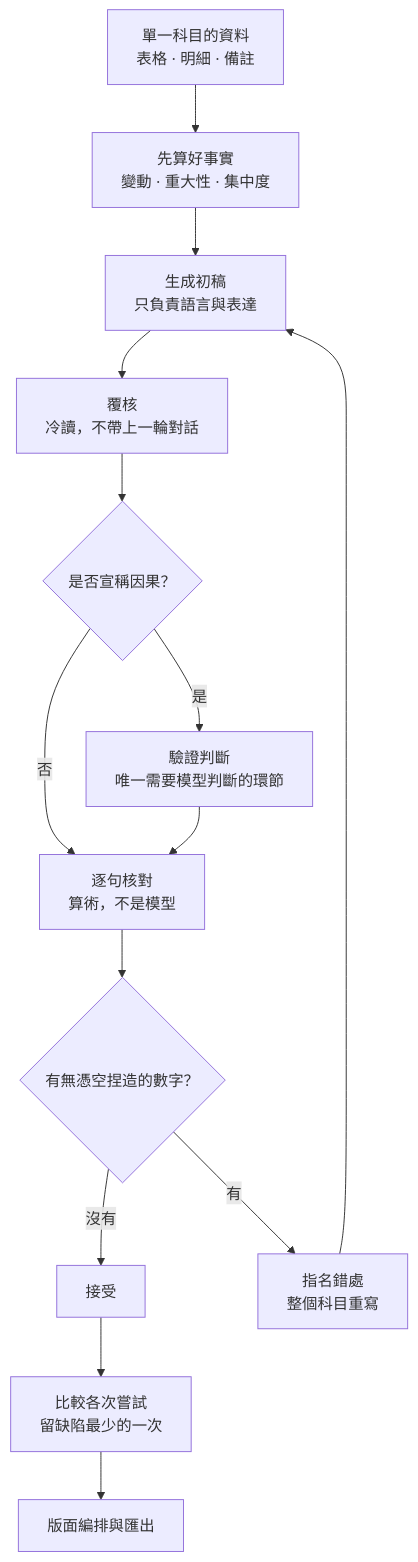
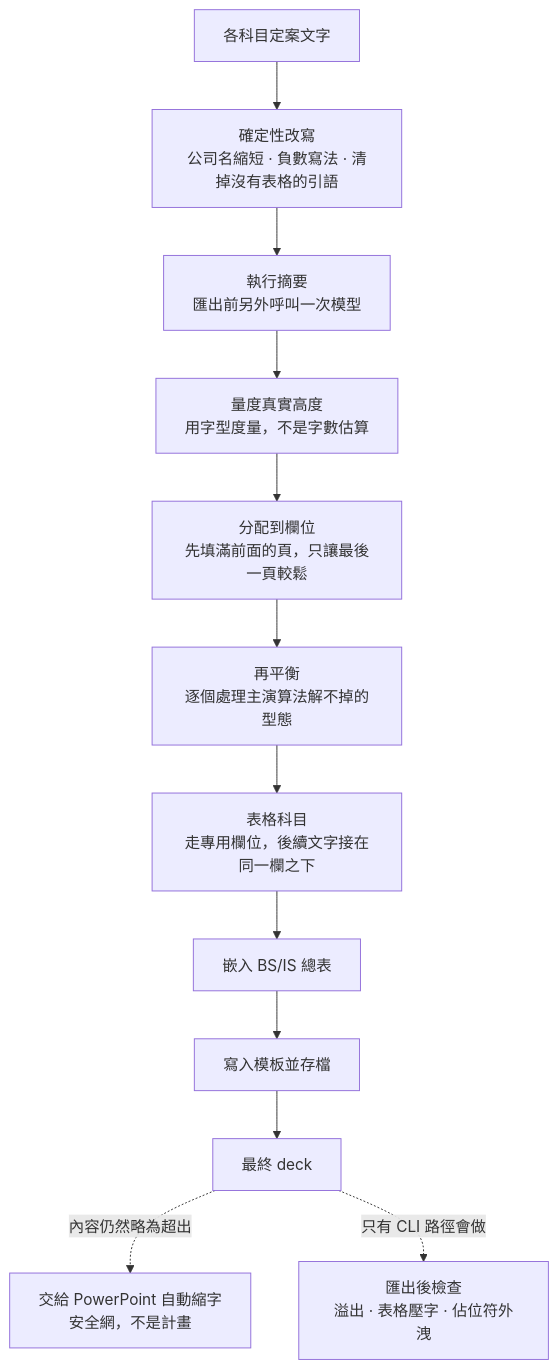
The third of 3 diagrams in README.md (yutsang/python-pptx), drawn with Mermaid before and after one commit. The commit also changed other lines of this file, not shown here.

````diff
--- a/README.md
+++ b/README.md
@@ -133,16 +171,14 @@
 ```mermaid
 flowchart TD
-    A[單一科目的資料<br/>表格 · 明細 · 備註] --> B[先算好事實<br/>變動 · 重大性 · 集中度]
-    B --> C[生成初稿<br/>只負責語言與表達]
-    C --> D[覆核<br/>冷讀，不帶上一輪對話]
-    D --> E{是否宣稱因果？}
-    E -- 是 --> F[驗證判斷<br/>唯一需要模型判斷的環節]
-    E -- 否 --> G[逐句核對<br/>算術，不是模型]
-    F --> G
-    G --> H{有無憑空捏造的數字？}
-    H -- 沒有 --> I[接受]
-    H -- 有 --> J[指名錯處<br/>整個科目重寫]
-    J --> C
-    I --> K[比較各次嘗試<br/>留缺陷最少的一次]
-    K --> L[版面編排與匯出]
+    A[各科目定案文字] --> B[確定性改寫<br/>公司名縮短 · 負數寫法 · 清掉沒有表格的引語]
+    B --> C[執行摘要<br/>匯出前另外呼叫一次模型]
+    C --> D[量度真實高度<br/>用字型度量，不是字數估算]
+    D --> E[分配到欄位<br/>先填滿前面的頁，只讓最後一頁較鬆]
+    E --> F[再平衡<br/>逐個處理主演算法解不掉的型態]
+    F --> G[表格科目<br/>走專用欄位，後續文字接在同一欄之下]
+    G --> H[嵌入 BS/IS 總表]
+    H --> I[寫入模板並存檔]
+    I --> J[最終 deck]
+    J -.->|內容仍然略為超出| K[交給 PowerPoint 自動縮字<br/>安全網，不是計畫]
+    J -.->|只有 CLI 路徑會做| L[匯出後檢查<br/>溢出 · 表格壓字 · 佔位符外洩]
 ```
````
